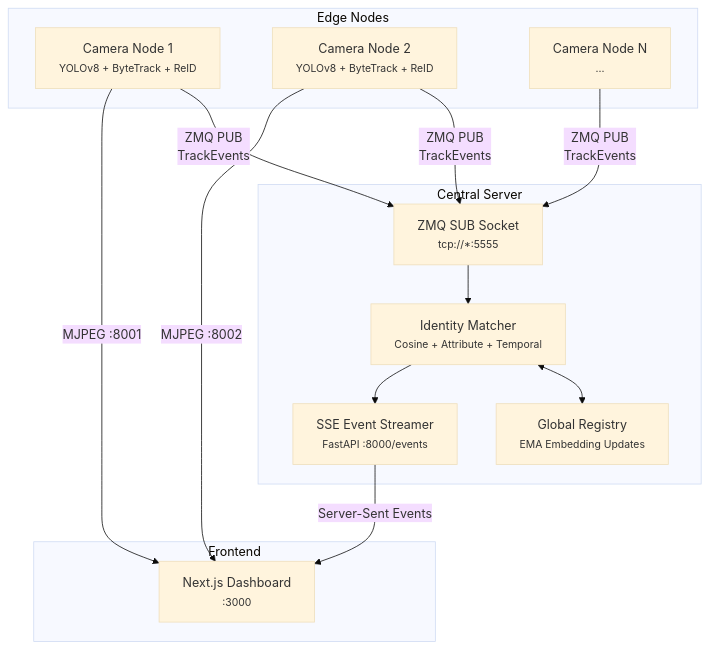
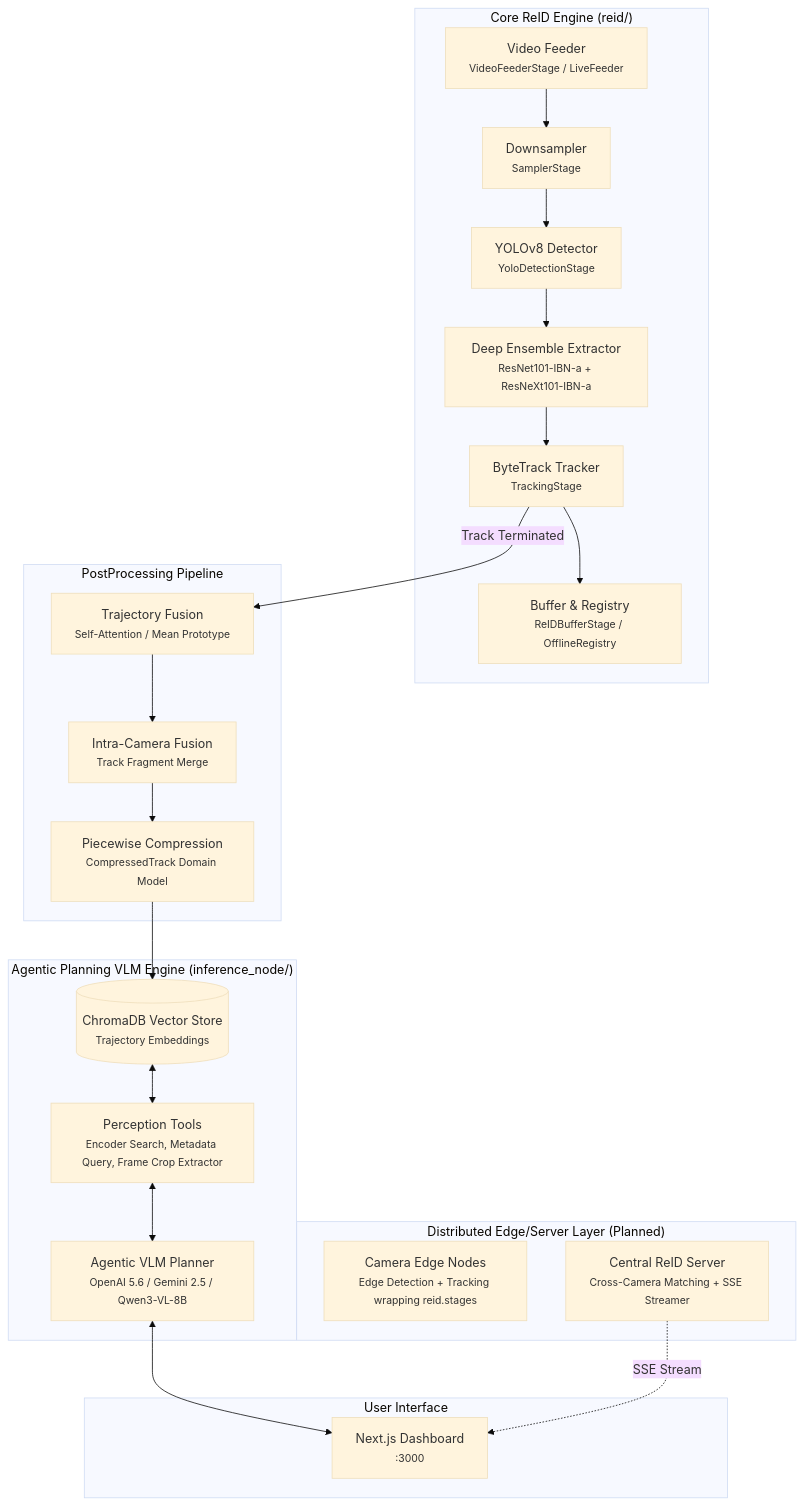
Before and after one commit to arjunmnath/TrafficVizCore: the first of 2 diagrams in README.md, drawn with Mermaid (base theme). The commit also changed other lines of this file and 15 other files, not shown here.

Commit message:
refactor query inference pipeline to be agentic

````diff
--- a/README.md
+++ b/README.md
@@ -7,31 +7,42 @@
 ```mermaid
 graph TB
-    subgraph Edge Nodes
-        C1["Camera Node 1<br/><small>YOLOv8 + ByteTrack + ReID</small>"]
-        C2["Camera Node 2<br/><small>YOLOv8 + ByteTrack + ReID</small>"]
-        CN["Camera Node N<br/><small>...</small>"]
+    subgraph Video Ingestion & Pipeline ["Core ReID Engine (reid/)"]
+        FEED["Video Feeder<br/><small>VideoFeederStage / LiveFeeder</small>"]
+        SAMP["Downsampler<br/><small>SamplerStage</small>"]
+        YOLO["YOLOv8 Detector<br/><small>YoloDetectionStage</small>"]
+        FEAT["Deep Ensemble Extractor<br/><small>ResNet101-IBN-a + ResNeXt101-IBN-a</small>"]
+        TRACK["ByteTrack Tracker<br/><small>TrackingStage</small>"]
+        BUFF["Buffer & Registry<br/><small>ReIDBufferStage / OfflineRegistry</small>"]
+        
+        FEED --> SAMP --> YOLO --> FEAT --> TRACK --> BUFF
     end
 
-    subgraph Central Server
-        ZMQ["ZMQ SUB Socket<br/><small>tcp://*:5555</small>"]
-        MATCHER["Identity Matcher<br/><small>Cosine + Attribute + Temporal</small>"]
-        REGISTRY["Global Registry<br/><small>EMA Embedding Updates</small>"]
-        SSE["SSE Event Streamer<br/><small>FastAPI :8000/events</small>"]
+    subgraph Track Post-Processing ["PostProcessing Pipeline"]
+        FUSE["Trajectory Fusion<br/><small>Self-Attention / Mean Prototype</small>"]
+        INTRA["Intra-Camera Fusion<br/><small>Track Fragment Merge</small>"]
+        COMP["Piecewise Compression<br/><small>CompressedTrack Domain Model</small>"]
+
+        TRACK -- "Track Terminated" --> FUSE
+        FUSE --> INTRA --> COMP
     end
 
-    subgraph Frontend
-        DASH["Next.js Dashboard<br/><small>:3000</small>"]
+    subgraph Agentic VLM Node ["Agentic Planning VLM Engine (inference_node/)"]
+        CHROMA[("ChromaDB Vector Store<br/><small>Trajectory Embeddings</small>")]
+        TOOLS["Perception Tools<br/><small>Encoder Search, Metadata Query, Frame Crop Extractor</small>"]
+        VLM["Agentic VLM Planner<br/><small>OpenAI 5.6 / Gemini 2.5 / Qwen3-VL-8B</small>"]
+        
+        COMP --> CHROMA
+        CHROMA <--> TOOLS <--> VLM
     end
 
-    C1 -- "ZMQ PUB<br/>TrackEvents" --> ZMQ
-    C2 -- "ZMQ PUB<br/>TrackEvents" --> ZMQ
-    CN -- "ZMQ PUB<br/>TrackEvents" --> ZMQ
+    subgraph Planned Distributed Wrappers ["Distributed Edge/Server Layer (Planned)"]
+        CAM_NODE["Camera Edge Nodes<br/><small>Edge Detection + Tracking wrapping reid.stages</small>"]
+        REID_SRV["Central ReID Server<br/><small>Cross-Camera Matching + SSE Streamer</small>"]
+    end
 
-    ZMQ --> MATCHER
-    MATCHER <--> REGISTRY
-    MATCHER --> SSE
-
-    SSE -- "Server-Sent Events" --> DASH
-    C1 -- "MJPEG :8001" --> DASH
-    C2 -- "MJPEG :8002" --> DASH
+    subgraph Frontend ["User Interface"]
+        DASH["Next.js Dashboard<br/><small>:3000</small>"]
+        VLM <--> DASH
+        REID_SRV -. "SSE Stream" .-> DASH
+    end
 ```
````
